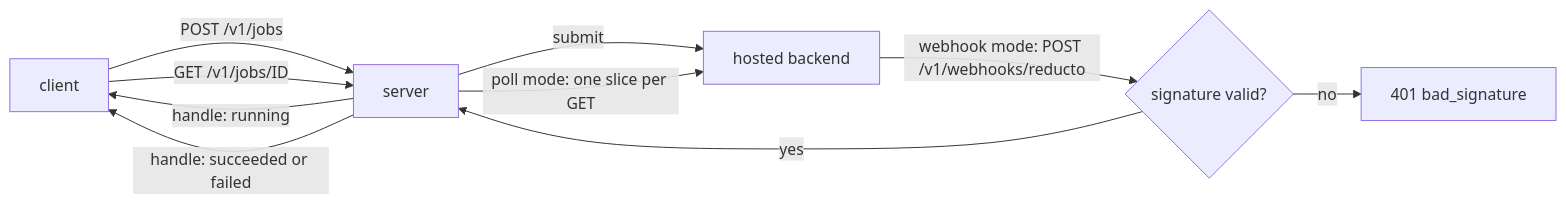
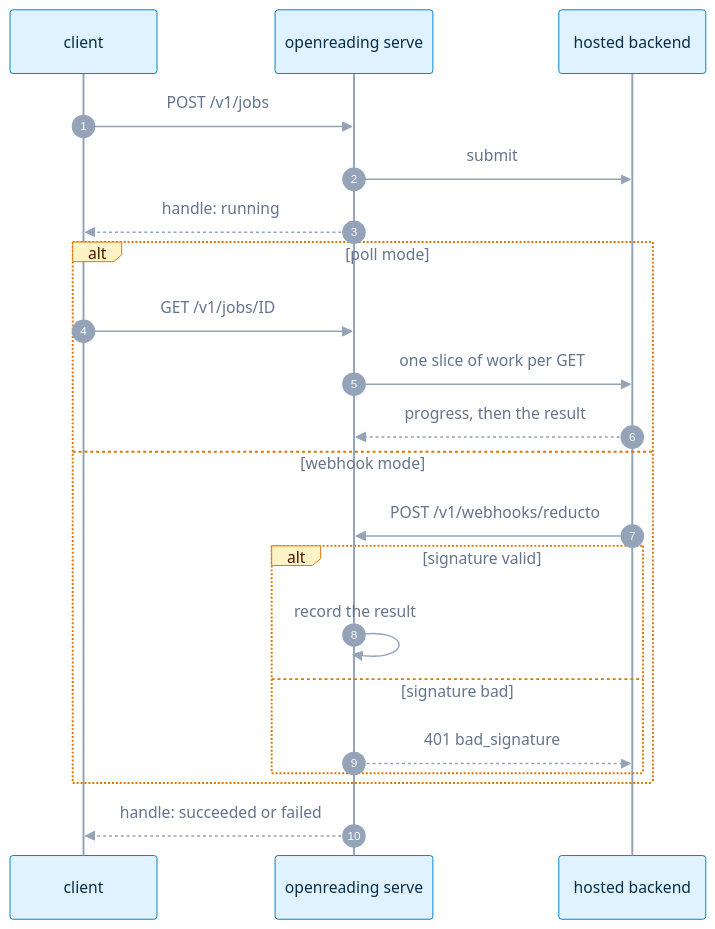
The diagram in src/openreading/server/README.md (openreading-ai/openreading-core), drawn with Mermaid before and after one commit. The commit also changed 8 other files, not shown here.

````diff
--- a/src/openreading/server/README.md
+++ b/src/openreading/server/README.md
@@ -41,12 +41,24 @@
 ```mermaid
-flowchart LR
-  C["client"] -->|"POST /v1/jobs"| S["server"]
-  S -->|"submit"| B["hosted backend"]
-  S -->|"handle: running"| C
-  C -->|"GET /v1/jobs/ID"| S
-  S -->|"poll mode: one slice per GET"| B
-  B -->|"webhook mode: POST /v1/webhooks/reducto"| V{"signature valid?"}
-  V -->|"yes"| S
-  V -->|"no"| E["401 bad_signature"]
-  S -->|"handle: succeeded or failed"| C
+%%{init: {"theme":"base","themeVariables":{"fontFamily":"ui-sans-serif, system-ui, -apple-system, Segoe UI, Roboto, sans-serif","fontSize":"14px","actorBkg":"#e0f2fe","actorBorder":"#0284c7","actorTextColor":"#082f49","actorLineColor":"#94a3b8","signalColor":"#94a3b8","signalTextColor":"#64748b","labelBoxBkgColor":"#fef3c7","labelBoxBorderColor":"#d97706","labelTextColor":"#451a03","loopTextColor":"#64748b","noteBkgColor":"#f3e8ff","noteBorderColor":"#9333ea","noteTextColor":"#3b0764","sequenceNumberColor":"#f8fafc","altSectionBkgColor":"#f8fafc80","activationBkgColor":"#ccfbf1","activationBorderColor":"#0d9488"}}}%%
+sequenceDiagram
+  autonumber
+  participant C as client
+  participant S as openreading serve
+  participant B as hosted backend
+  C->>S: POST /v1/jobs
+  S->>B: submit
+  S-->>C: handle: running
+  alt poll mode
+    C->>S: GET /v1/jobs/ID
+    S->>B: one slice of work per GET
+    B-->>S: progress, then the result
+  else webhook mode
+    B->>S: POST /v1/webhooks/reducto
+    alt signature valid
+      S->>S: record the result
+    else signature bad
+      S-->>B: 401 bad_signature
+    end
+  end
+  S-->>C: handle: succeeded or failed
 ```
````
